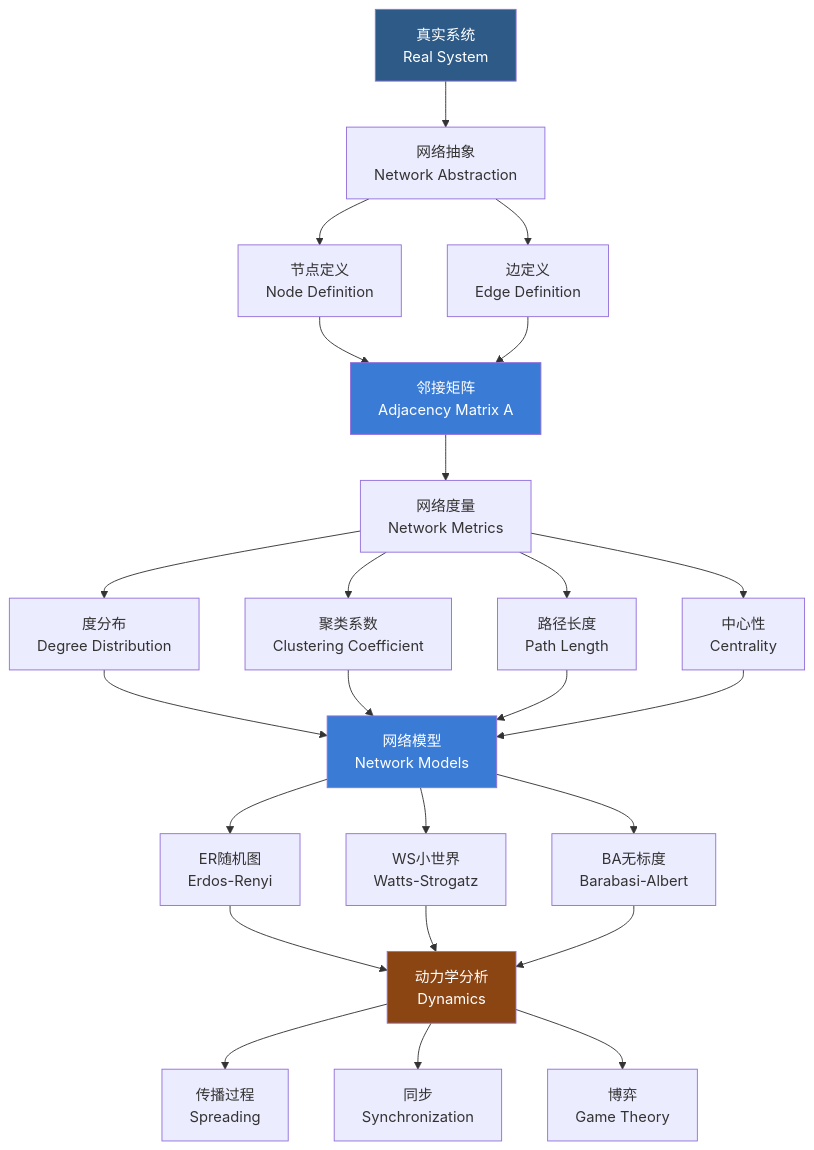
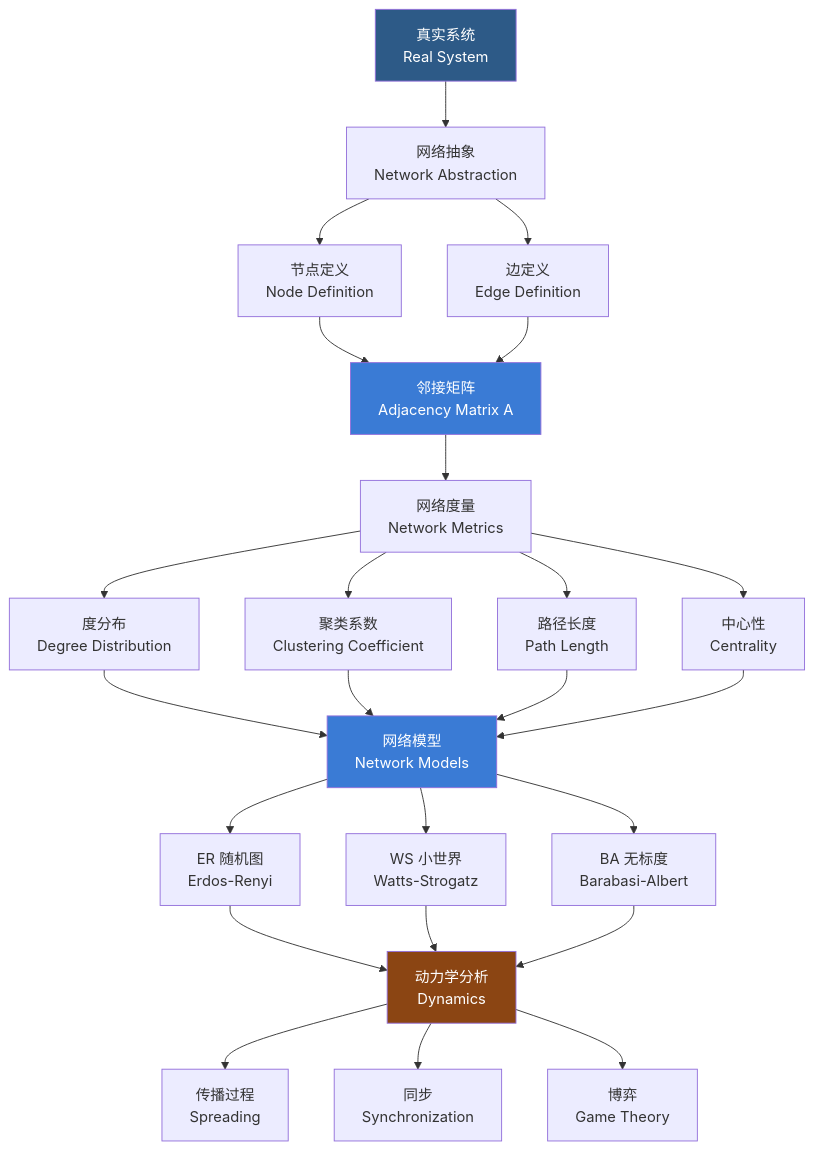
Before and after one commit to Tianshang301/TianshangKnowledgeBase: the diagram in 07_InterdisciplinarySciences/InterdisciplinaryMethodologies/NetworkScience.md, drawn with Mermaid. The commit also changed other lines of this file and 2257 other files, not shown here.

````diff
--- a/07_InterdisciplinarySciences/InterdisciplinaryMethodologies/NetworkScience.md
+++ b/07_InterdisciplinarySciences/InterdisciplinaryMethodologies/NetworkScience.md
@@ -16,30 +18,30 @@
 ```mermaid
 graph TD
   A["真实系统<br/>Real System"] --> B["网络抽象<br/>Network Abstraction"]
   B --> C["节点定义<br/>Node Definition"]
   B --> D["边定义<br/>Edge Definition"]
   C --> E["邻接矩阵<br/>Adjacency Matrix A"]
   D --> E
   E --> F["网络度量<br/>Network Metrics"]
   F --> G["度分布<br/>Degree Distribution"]
   F --> H["聚类系数<br/>Clustering Coefficient"]
   F --> I["路径长度<br/>Path Length"]
   F --> J["中心性<br/>Centrality"]
   G --> K["网络模型<br/>Network Models"]
   H --> K
   I --> K
   J --> K
-  K --> L["ER随机图<br/>Erdos-Renyi"]
-  K --> M["WS小世界<br/>Watts-Strogatz"]
-  K --> N["BA无标度<br/>Barabasi-Albert"]
+  K --> L["ER 随机图<br/>Erdos-Renyi"]
+  K --> M["WS 小世界<br/>Watts-Strogatz"]
+  K --> N["BA 无标度<br/>Barabasi-Albert"]
   L --> O["动力学分析<br/>Dynamics"]
   M --> O
   N --> O
   O --> P["传播过程<br/>Spreading"]
   O --> Q["同步<br/>Synchronization"]
   O --> R["博弈<br/>Game Theory"]
   style A fill:#2d5a87,color:#fff
   style E fill:#3a7bd5,color:#fff
   style K fill:#3a7bd5,color:#fff
   style O fill:#8b4513,color:#fff
 ```
````
